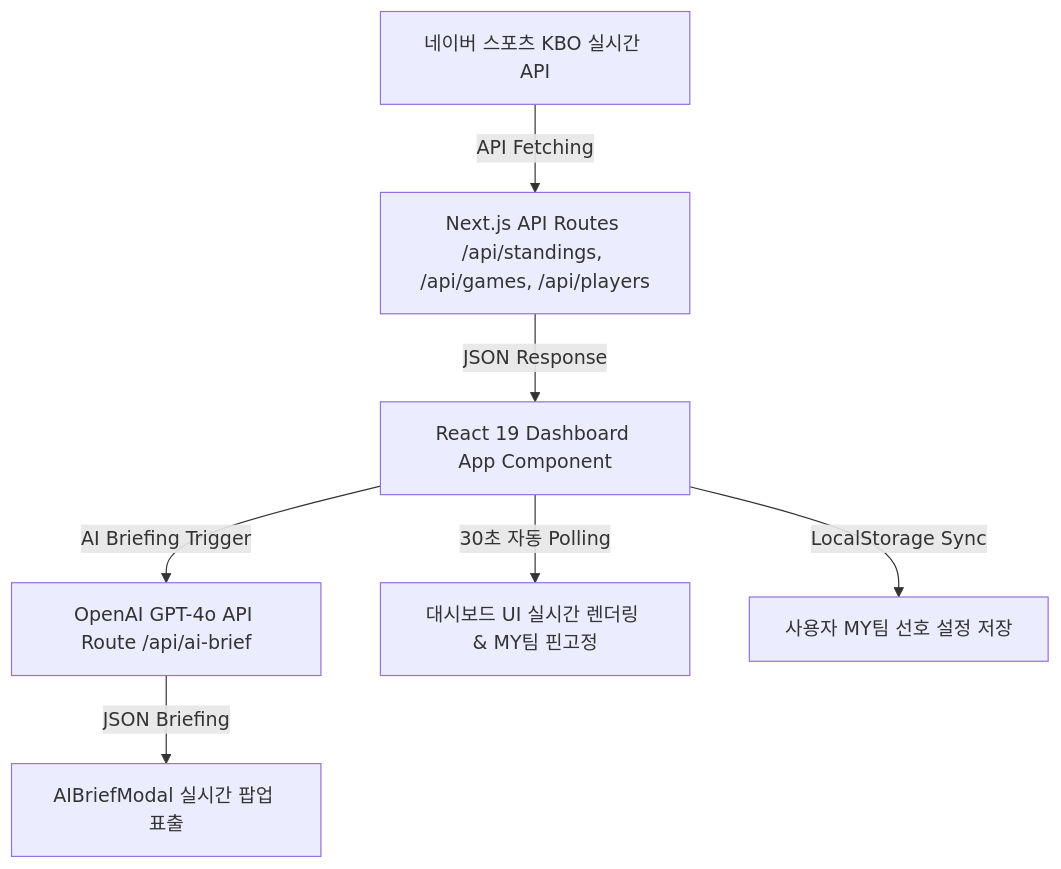
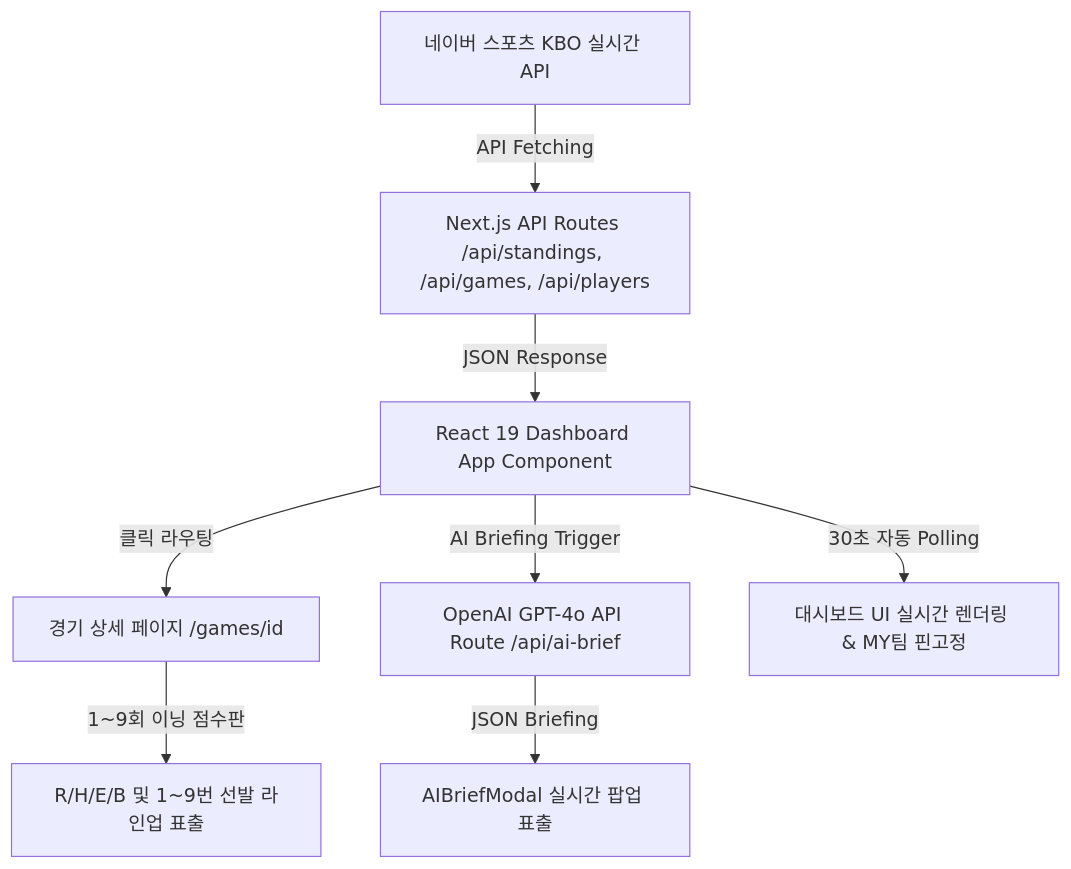
The diagram in README.md (Jeon-byeong-yoon/kbo-ai-brief), drawn with Mermaid before and after one commit. The commit also changed other lines of this file and 13 other files, not shown here.

````diff
--- a/README.md
+++ b/README.md
@@ -47,9 +51,10 @@
 ```mermaid
 graph TD
     A[네이버 스포츠 KBO 실시간 API] -->|API Fetching| B[Next.js API Routes /api/standings, /api/games, /api/players]
     B -->|JSON Response| C[React 19 Dashboard App Component]
+    C -->|클릭 라우팅| D[경기 상세 페이지 /games/id]
+    D -->|1~9회 이닝 점수판| E[R/H/E/B 및 1~9번 선발 라인업 표출]
     C -->|AI Briefing Trigger| F[OpenAI GPT-4o API Route /api/ai-brief]
     F -->|JSON Briefing| G[AIBriefModal 실시간 팝업 표출]
-    C -->|30초 자동 Polling| D[대시보드 UI 실시간 렌더링 & MY팀 핀고정]
-    C -->|LocalStorage Sync| E[사용자 MY팀 선호 설정 저장]
+    C -->|30초 자동 Polling| H[대시보드 UI 실시간 렌더링 & MY팀 핀고정]
 ```
````
